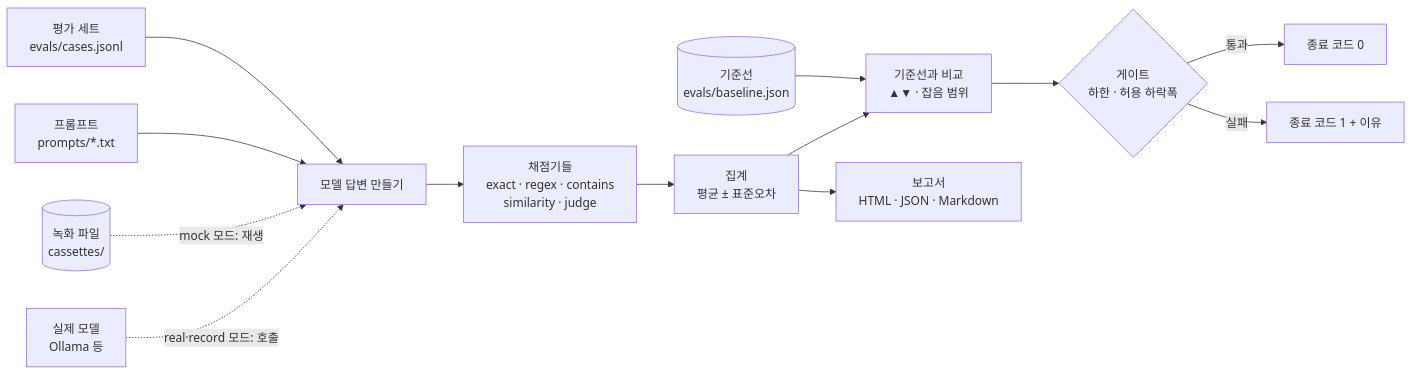
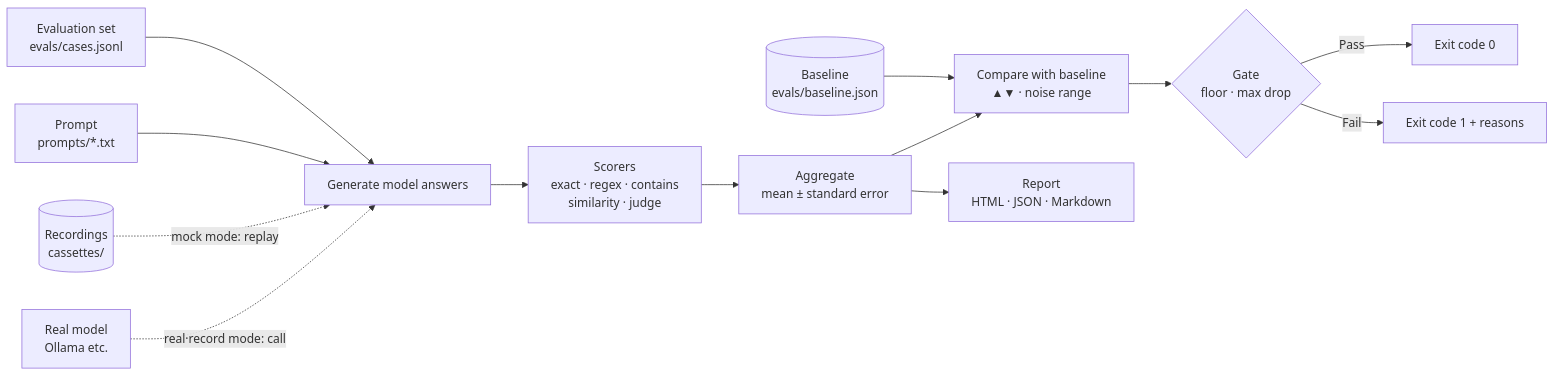
Before and after one commit to LeeGyeongPil/ai-lab-llm-eval-gate: the diagram in README.md, drawn with Mermaid. The commit also changed other lines of this file and 2 other files, not shown here.

````diff
--- a/README.md
+++ b/README.md
@@ -111,15 +111,15 @@
 ```mermaid
 flowchart LR
-    C[평가 세트<br/>evals/cases.jsonl] --> G[모델 답변 만들기]
-    P[프롬프트<br/>prompts/*.txt] --> G
-    R[(녹화 파일<br/>cassettes/)] -. mock 모드: 재생 .-> G
-    M[실제 모델<br/>Ollama 등] -. real·record 모드: 호출 .-> G
-    G --> S[채점기들<br/>exact · regex · contains<br/>similarity · judge]
-    S --> A[집계<br/>평균 ± 표준오차]
-    B[(기준선<br/>evals/baseline.json)] --> D[기준선과 비교<br/>▲▼ · 잡음 범위]
+    C["Evaluation set<br/>evals/cases.jsonl"] --> G["Generate model answers"]
+    P["Prompt<br/>prompts/*.txt"] --> G
+    R[("Recordings<br/>cassettes/")] -. mock mode: replay .-> G
+    M["Real model<br/>Ollama etc."] -. real·record mode: call .-> G
+    G --> S["Scorers<br/>exact · regex · contains<br/>similarity · judge"]
+    S --> A["Aggregate<br/>mean ± standard error"]
+    B[("Baseline<br/>evals/baseline.json")] --> D["Compare with baseline<br/>▲▼ · noise range"]
     A --> D
-    D --> T{게이트<br/>하한 · 허용 하락폭}
-    T -->|통과| X0[종료 코드 0]
-    T -->|실패| X1[종료 코드 1 + 이유]
-    A --> H[보고서<br/>HTML · JSON · Markdown]
+    D --> T{"Gate<br/>floor · max drop"}
+    T -->|Pass| X0["Exit code 0"]
+    T -->|Fail| X1["Exit code 1 + reasons"]
+    A --> H["Report<br/>HTML · JSON · Markdown"]
 ```
````
